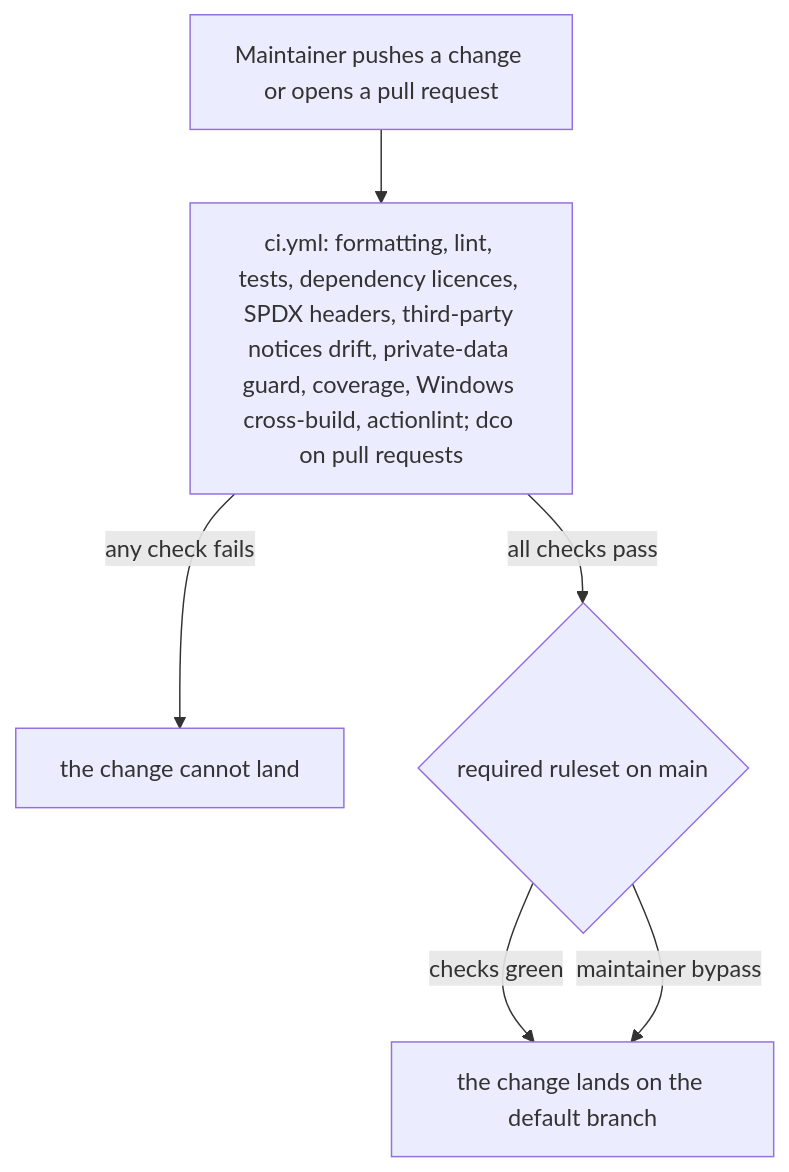
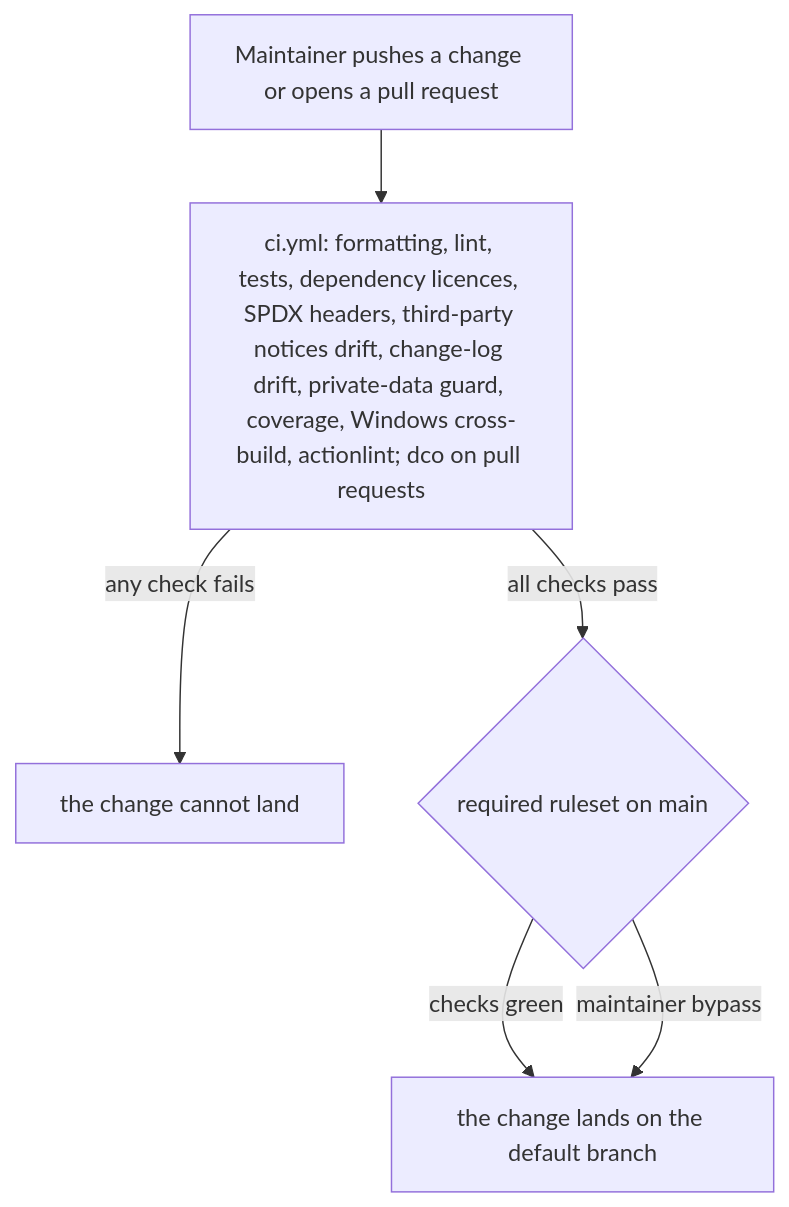
The sixth of 6 diagrams in docs/arc42/06-runtime-view.md (duty2cal/duty2cal), drawn with Mermaid before and after one commit. The commit also changed other lines of this file and 11 other files, not shown here.

````diff
--- a/docs/arc42/06-runtime-view.md
+++ b/docs/arc42/06-runtime-view.md
@@ -119,8 +151,8 @@
 ```mermaid
 flowchart TB
-  push["Maintainer pushes a change or opens a pull request"] --> ci["ci.yml: formatting, lint, tests, dependency licences, SPDX headers, third-party notices drift, private-data guard, coverage, Windows cross-build, actionlint; dco on pull requests"]
+  push["Maintainer pushes a change or opens a pull request"] --> ci["ci.yml: formatting, lint, tests, dependency licences, SPDX headers, third-party notices drift, change-log drift, private-data guard, coverage, Windows cross-build, actionlint; dco on pull requests"]
   ci -->|"any check fails"| blocked["the change cannot land"]
   ci -->|"all checks pass"| rules{"required ruleset on main"}
   rules -->|"checks green"| land["the change lands on the default branch"]
   rules -->|"maintainer bypass"| land
 ```
````
